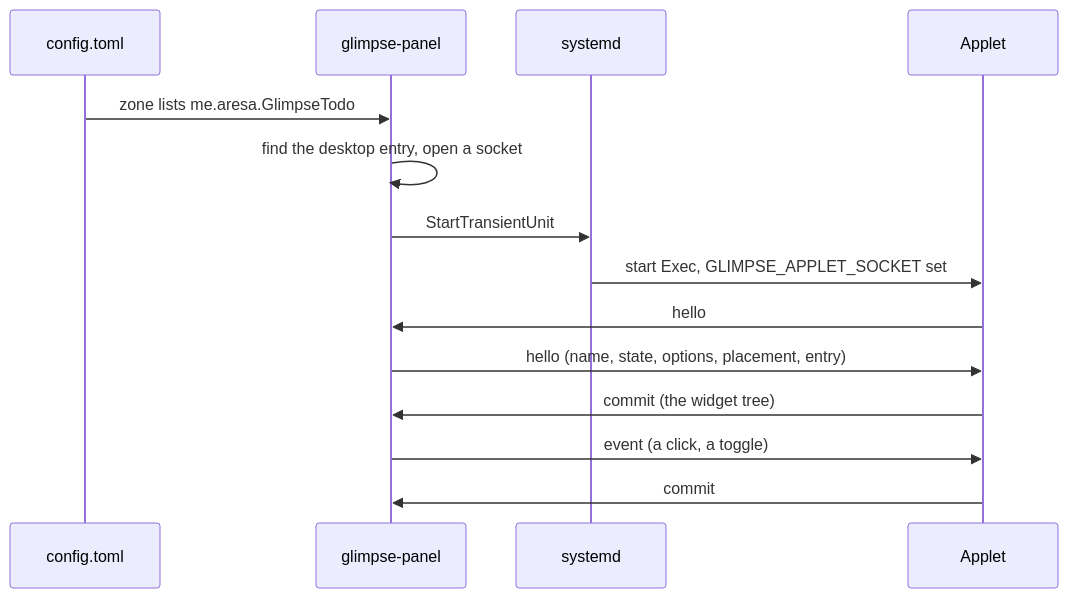
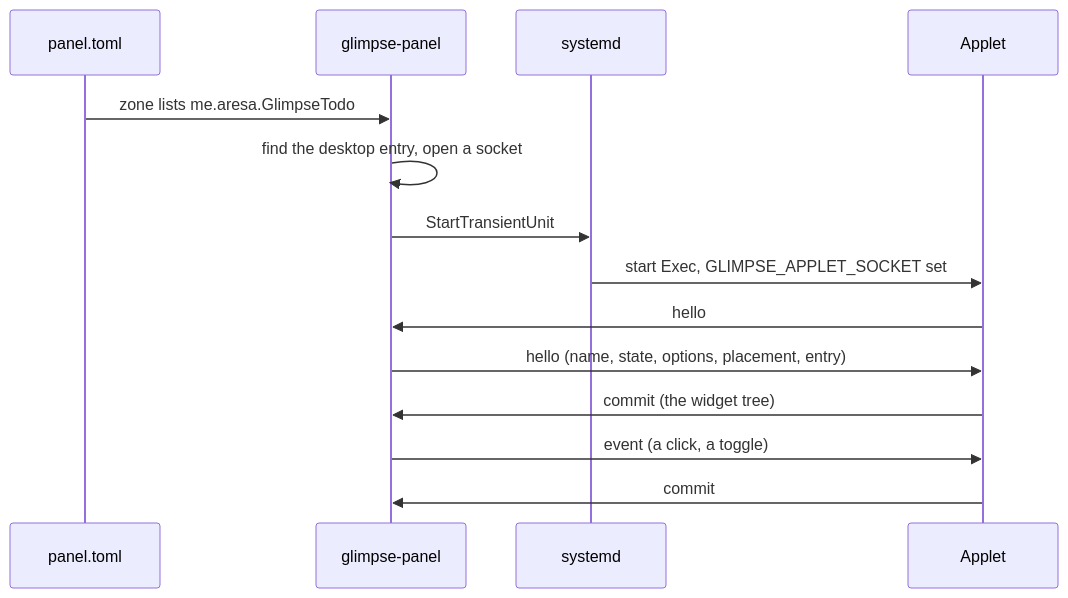
Before and after one commit to alex-oleshkevich/glimpse: the diagram in website/developers/exec-applets.md, drawn with Mermaid. The commit also changed 172 other files, not shown here.

First line of the commit message:
Split panel layout out of config.toml into panel.toml

````diff
--- a/website/developers/exec-applets.md
+++ b/website/developers/exec-applets.md
@@ -7,16 +7,16 @@
 ```mermaid
 sequenceDiagram
-    participant C as config.toml
+    participant C as panel.toml
     participant P as glimpse-panel
     participant S as systemd
     participant A as Applet
     C->>P: zone lists me.aresa.GlimpseTodo
     P->>P: find the desktop entry, open a socket
     P->>S: StartTransientUnit
     S->>A: start Exec, GLIMPSE_APPLET_SOCKET set
     A->>P: hello
     P->>A: hello (name, state, options, placement, entry)
     A->>P: commit (the widget tree)
     P->>A: event (a click, a toggle)
     A->>P: commit
 ```
````
